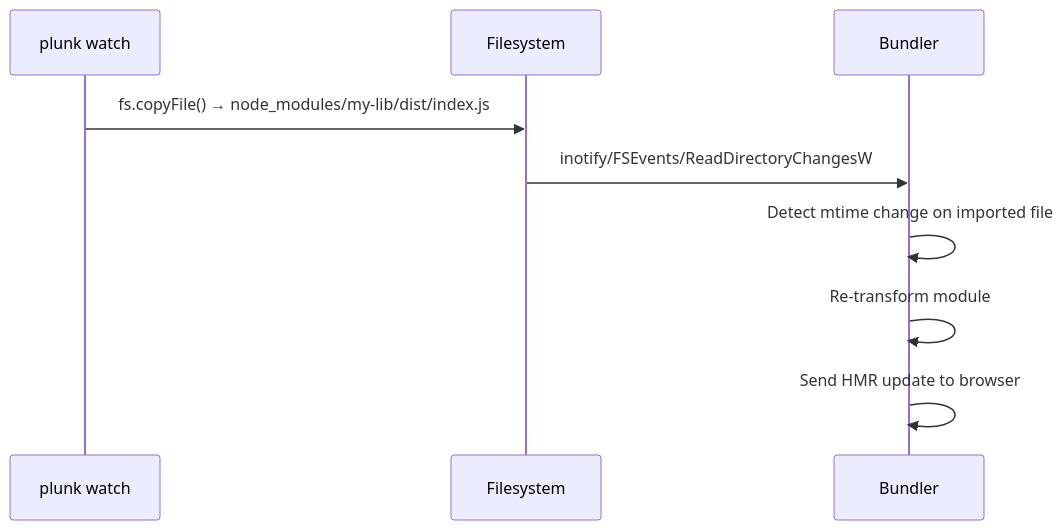
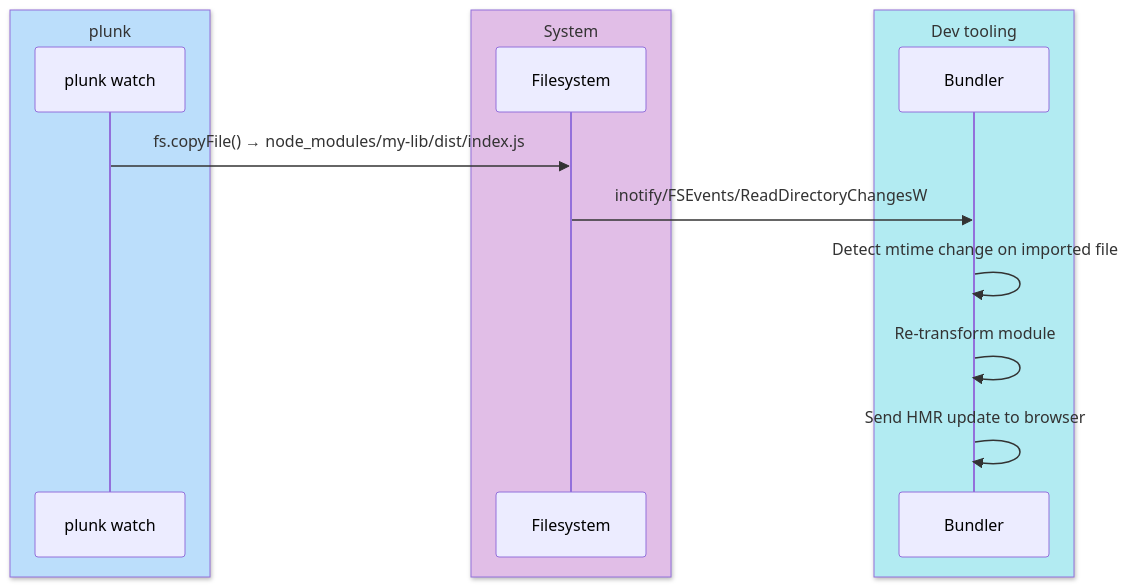
Before and after one commit to oleg-kuibar/plunk: the first of 2 diagrams in docs/bundlers.md, drawn with Mermaid. The commit also changed other lines of this file and 10 other files, not shown here.

First line of the commit message:
docs: theme-safe mermaid colors, tighten prose

````diff
--- a/docs/bundlers.md
+++ b/docs/bundlers.md
@@ -7,12 +7,18 @@
 ```mermaid
 sequenceDiagram
-    participant W as plunk watch
-    participant FS as Filesystem
-    participant B as Bundler
+    box rgb(187,222,251) plunk
+        participant W as plunk watch
+    end
+    box rgb(225,190,231) System
+        participant FS as Filesystem
+    end
+    box rgb(178,235,242) Dev tooling
+        participant B as Bundler
+    end
 
     W->>FS: fs.copyFile() → node_modules/my-lib/dist/index.js
     FS->>B: inotify/FSEvents/ReadDirectoryChangesW
     B->>B: Detect mtime change on imported file
     B->>B: Re-transform module
     B->>B: Send HMR update to browser
 ```
````
